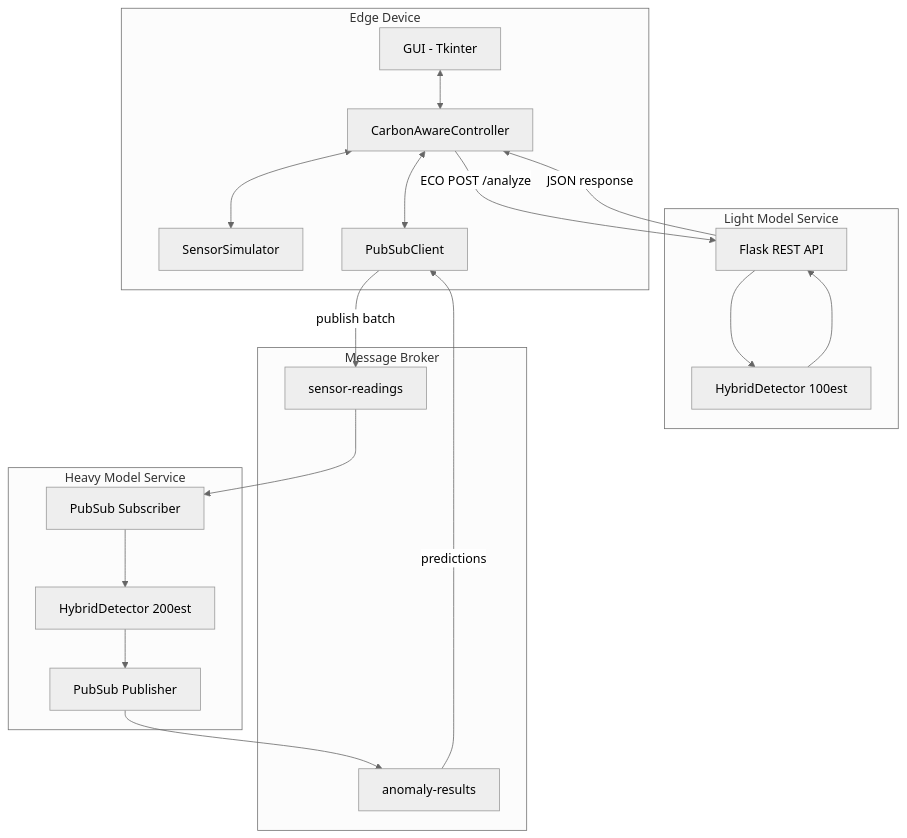
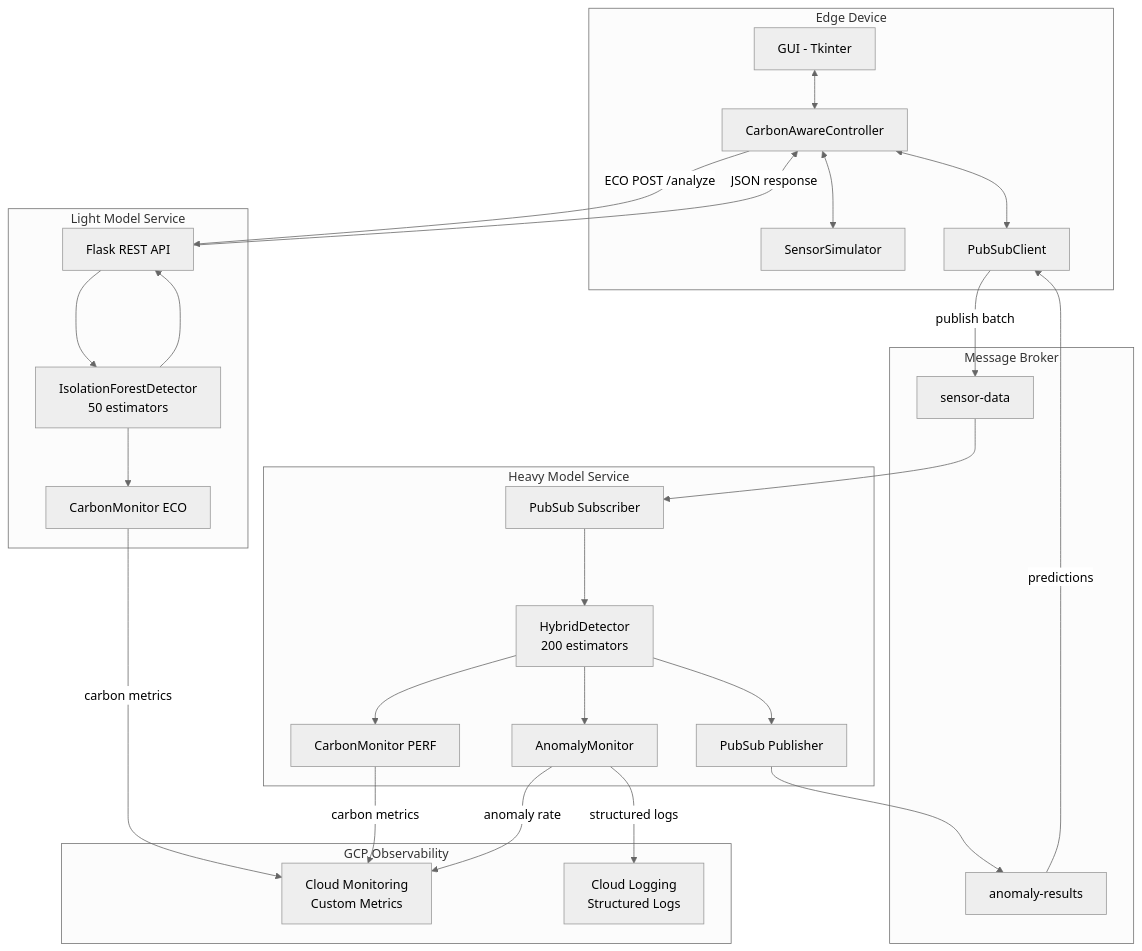
Before and after one commit to Taki224/AI-Architecture-and-Cloud-Computing-Final-Project: the first of 2 diagrams in plans/component.md, drawn with Mermaid (neutral theme). The commit also changed other lines of this file and 4 other files, not shown here.

First line of the commit message:
Enhance documentation and architecture for Carbon-Aware IoT Anomaly Detection System

````diff
--- a/plans/component.md
+++ b/plans/component.md
@@ -9,41 +9,57 @@
 ```mermaid
 flowchart TB
     subgraph Edge[Edge Device]
         GUI[GUI - Tkinter]
         Controller[CarbonAwareController]
         Sensor[SensorSimulator]
         EdgePubSub[PubSubClient]
     end
 
     subgraph LightService[Light Model Service]
         LightAPI[Flask REST API]
-        LightDetector[HybridDetector 100est]
+        LightDetector[IsolationForestDetector<br/>50 estimators]
+        LightCarbon[CarbonMonitor ECO]
     end
 
     subgraph HeavyService[Heavy Model Service]
         HeavySubscriber[PubSub Subscriber]
-        HeavyDetector[HybridDetector 200est]
+        HeavyDetector[HybridDetector<br/>200 estimators]
         HeavyPublisher[PubSub Publisher]
+        HeavyCarbon[CarbonMonitor PERF]
+        AnomalyMon[AnomalyMonitor]
     end
 
     subgraph Messaging[Message Broker]
-        SensorTopic[sensor-readings]
+        SensorTopic[sensor-data]
         AnomalyTopic[anomaly-results]
+    end
+
+    subgraph CloudObservability[GCP Observability]
+        CloudMonitoring[Cloud Monitoring<br/>Custom Metrics]
+        CloudLogging[Cloud Logging<br/>Structured Logs]
     end
 
     GUI <--> Controller
     Controller <--> Sensor
     Controller <--> EdgePubSub
 
     Controller -->|ECO POST /analyze| LightAPI
     LightAPI --> LightDetector
     LightDetector --> LightAPI
     LightAPI -->|JSON response| Controller
+    LightDetector --> LightCarbon
+    LightCarbon -->|carbon metrics| CloudMonitoring
 
     EdgePubSub -->|publish batch| SensorTopic
     SensorTopic --> HeavySubscriber
     HeavySubscriber --> HeavyDetector
     HeavyDetector --> HeavyPublisher
+    HeavyDetector --> HeavyCarbon
+    HeavyDetector --> AnomalyMon
     HeavyPublisher --> AnomalyTopic
     AnomalyTopic -->|predictions| EdgePubSub
+    
+    HeavyCarbon -->|carbon metrics| CloudMonitoring
+    AnomalyMon -->|anomaly rate| CloudMonitoring
+    AnomalyMon -->|structured logs| CloudLogging
 ```
````
